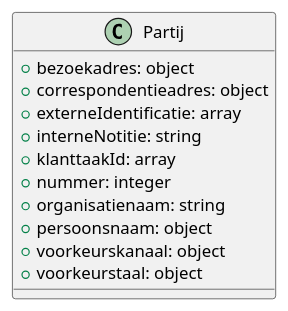
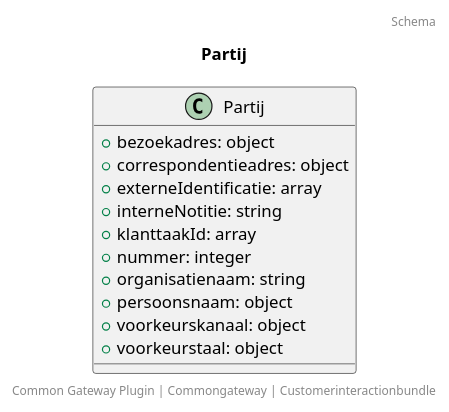
One commit to CommonGateway/CustomerInteractionBundle changed the diagram in docs/schema/klant.partij.puml. Above: the diagram before and after it, drawn with PlantUML. The commit also changed 41 other files, not shown here.

```diff
--- a/docs/schema/klant.partij.puml
+++ b/docs/schema/klant.partij.puml
@@ -1,14 +1,18 @@
 @startuml
+title: Partij
+footer: Common Gateway Plugin | Commongateway | Customerinteractionbundle 
+header: Schema
+
 class Partij {
   + bezoekadres: object
   + correspondentieadres: object
   + externeIdentificatie: array
   + interneNotitie: string
   + klanttaakId: array
   + nummer: integer
   + organisatienaam: string
   + persoonsnaam: object
   + voorkeurskanaal: object
   + voorkeurstaal: object
 }
 @enduml
```
